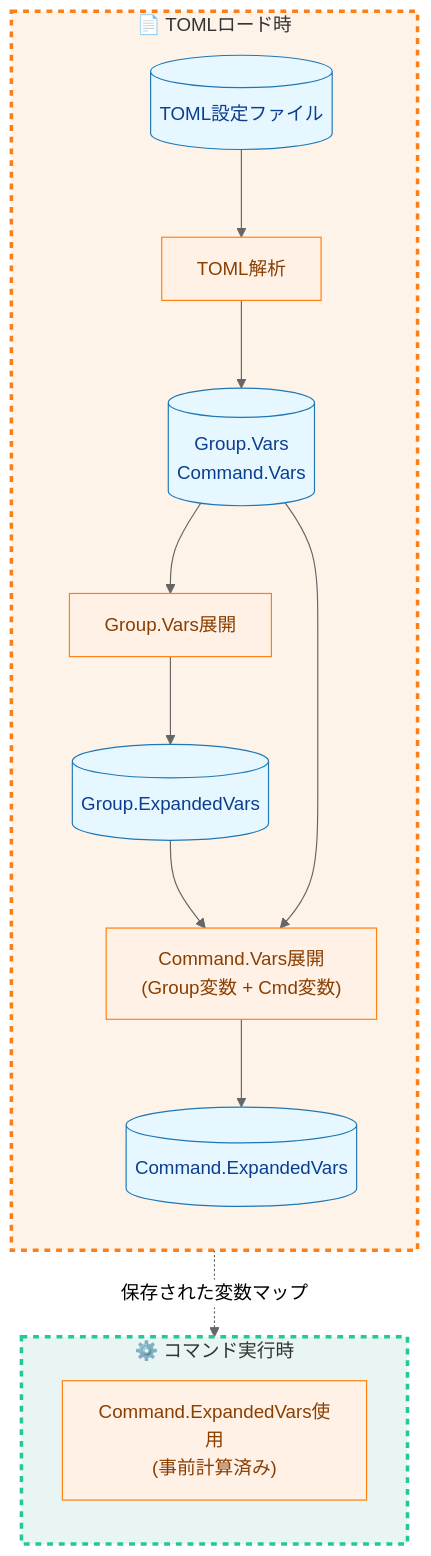
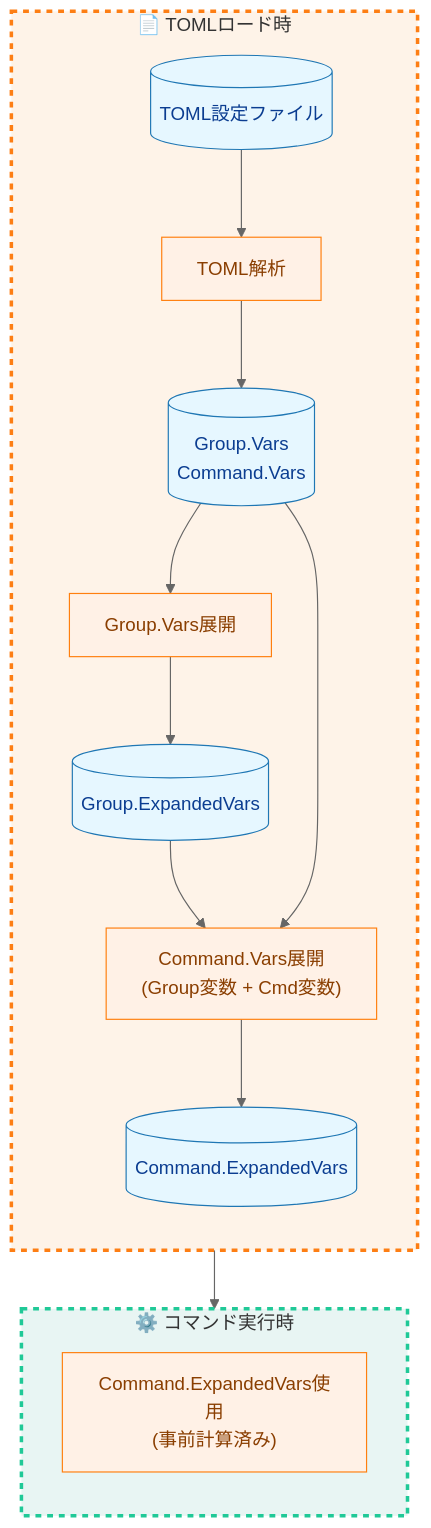
Before and after one commit to isseis/go-safe-cmd-runner: the fifth of 12 diagrams in docs/tasks/0034_workdir_redesign/02_architecture.md, drawn with Mermaid (neutral theme). The commit also changed other lines of this file, not shown here.

First line of the commit message:
docs: update workdir redesign architecture diagram and exec flow

````diff
--- a/docs/tasks/0034_workdir_redesign/02_architecture.md
+++ b/docs/tasks/0034_workdir_redesign/02_architecture.md
@@ -271,38 +271,38 @@
 ```mermaid
 flowchart TD
     classDef data fill:#e6f7ff,stroke:#1f77b4,stroke-width:1px,color:#0b3d91;
     classDef process fill:#fff1e6,stroke:#ff7f0e,stroke-width:1px,color:#8a3e00;
     classDef loadPhase fill:#fef3e8,stroke:#fd7e14,stroke-width:3px,stroke-dasharray: 5 5;
     classDef execPhase fill:#e8f5f3,stroke:#20c997,stroke-width:3px,stroke-dasharray: 5 5;
 
     subgraph LoadPhase["📄 TOMLロード時"]
         direction TB
         TOMLFile[("TOML設定ファイル")]
         ParseTOML["TOML解析"]
         RawVars[("Group.Vars<br/>Command.Vars")]
         ExpandGroupVars["Group.Vars展開"]
         GroupExpandedVars[("Group.ExpandedVars")]
         ExpandCmdVars["Command.Vars展開<br/>(Group変数 + Cmd変数)"]
         CmdExpandedVars[("Command.ExpandedVars")]
 
         TOMLFile --> ParseTOML
         ParseTOML --> RawVars
         RawVars --> ExpandGroupVars
         ExpandGroupVars --> GroupExpandedVars
         GroupExpandedVars --> ExpandCmdVars
         RawVars --> ExpandCmdVars
         ExpandCmdVars --> CmdExpandedVars
     end
 
     subgraph ExecPhase["⚙️ コマンド実行時"]
         direction TB
         UseExpandedVars["Command.ExpandedVars使用<br/>(事前計算済み)"]
     end
 
-    CmdExpandedVars -.->|保存された変数マップ| UseExpandedVars
+    CmdExpandedVars --> UseExpandedVars
 
     class TOMLFile,RawVars,GroupExpandedVars,CmdExpandedVars data;
     class ParseTOML,ExpandGroupVars,ExpandCmdVars,UseExpandedVars process;
     class LoadPhase loadPhase;
     class ExecPhase execPhase;
 ```
````
